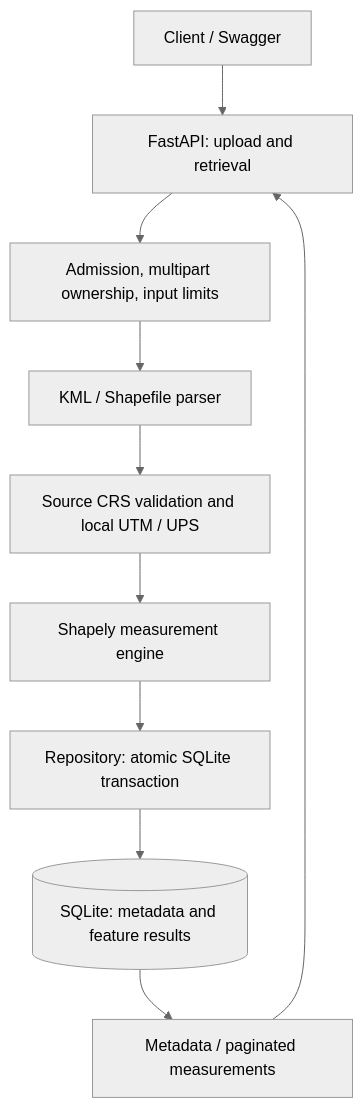
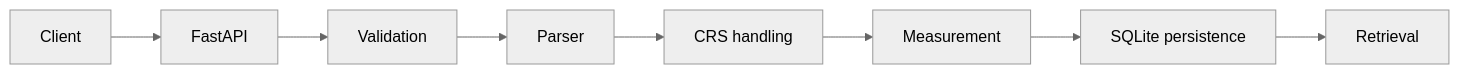
The diagram in README.md (PranayAkuthota/Aereo), drawn with Mermaid (neutral theme) before and after one commit. The commit also changed other lines of this file and 2 other files, not shown here.

````diff
--- a/README.md
+++ b/README.md
@@ -22,12 +65,10 @@
 ```mermaid
-flowchart TD
-    Client[Client / Swagger] --> API[FastAPI: upload and retrieval]
-    API --> Validation[Admission, multipart ownership, input limits]
-    Validation --> Parser[KML / Shapefile parser]
-    Parser --> CRS[Source CRS validation and local UTM / UPS]
-    CRS --> Measurement[Shapely measurement engine]
-    Measurement --> Repository[Repository: atomic SQLite transaction]
-    Repository --> Database[(SQLite: metadata and feature results)]
-    Database --> Retrieval[Metadata / paginated measurements]
-    Retrieval --> API
+flowchart LR
+    Client --> FastAPI
+    FastAPI --> Validation
+    Validation --> Parser
+    Parser --> CRS[CRS handling]
+    CRS --> Measurement
+    Measurement --> SQLite[SQLite persistence]
+    SQLite --> Retrieval
 ```
````
